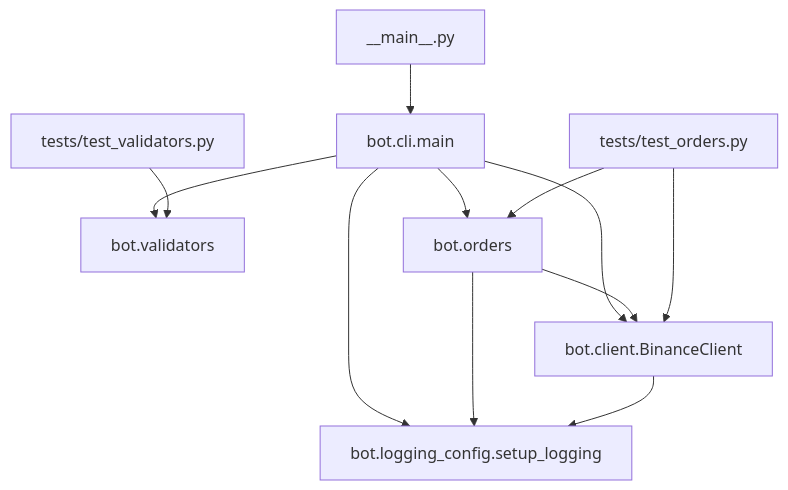
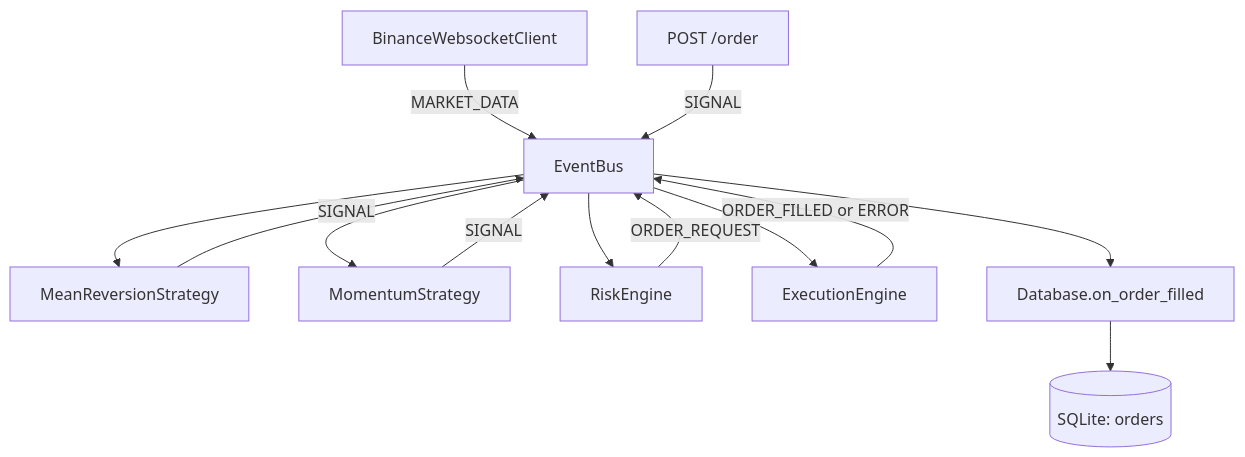
The diagram in project_structure.md (Aayushdubey101/trading_bot), drawn with Mermaid before and after one commit. The commit also changed other lines of this file and 12 other files, not shown here.

First line of the commit message:
feat: add Streamlit dashboard and validators for trading bot

````diff
--- a/project_structure.md
+++ b/project_structure.md
@@ -45,14 +83,15 @@
 ```mermaid
 graph TD
-    A[__main__.py] --> B[bot.cli.main]
-    B --> C[bot.validators]
-    B --> D[bot.orders]
-    B --> E[bot.client.BinanceClient]
-    B --> F[bot.logging_config.setup_logging]
-    D --> E
-    D --> F
-    E --> F
-    G[tests/test_validators.py] --> C
-    H[tests/test_orders.py] --> D
-    H --> E
+    WS[BinanceWebsocketClient] -->|MARKET_DATA| EB[EventBus]
+    EB --> MR[MeanReversionStrategy]
+    EB --> MOM[MomentumStrategy]
+    MR -->|SIGNAL| EB
+    MOM -->|SIGNAL| EB
+    API[POST /order] -->|SIGNAL| EB
+    EB --> RISK[RiskEngine]
+    RISK -->|ORDER_REQUEST| EB
+    EB --> EXEC[ExecutionEngine]
+    EXEC -->|ORDER_FILLED or ERROR| EB
+    EB --> DB[Database.on_order_filled]
+    DB --> SQLITE[(SQLite: orders)]
 ```
````
